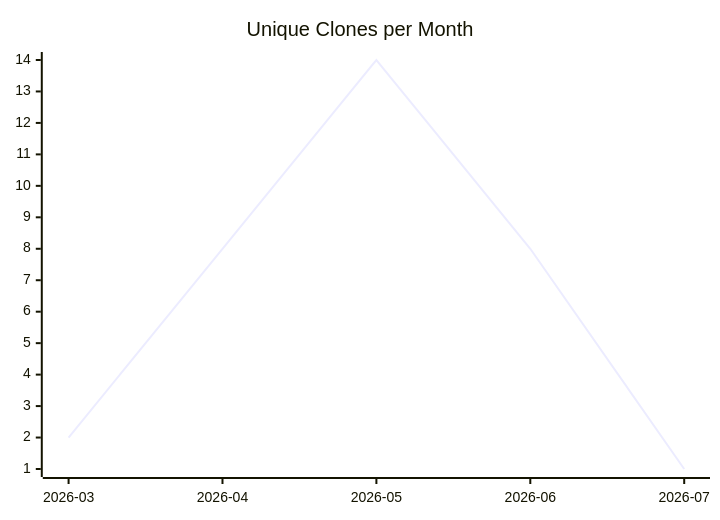
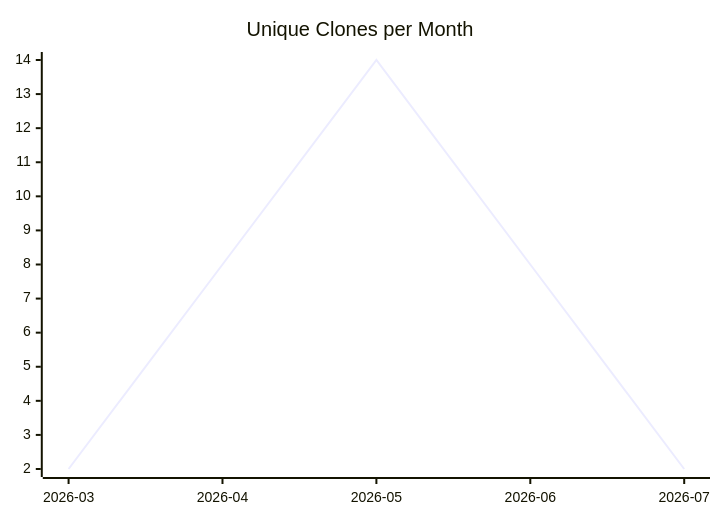
One commit to justdavis-family/github-analytics-data changed the third of 3 diagrams in karlmdavis/kobjects/README.md. Above: the diagram before and after it, drawn with Mermaid. The commit also changed other lines of this file and 198 other files, not shown here.

````diff
--- a/karlmdavis/kobjects/README.md
+++ b/karlmdavis/kobjects/README.md
@@ -19,6 +19,6 @@
 ```mermaid
 xychart-beta
   title "Unique Clones per Month"
   x-axis ["2026-03", "2026-04", "2026-05", "2026-06", "2026-07"]
-  line [2, 8, 14, 8, 1]
+  line [2, 8, 14, 8, 2]
 ```
````
